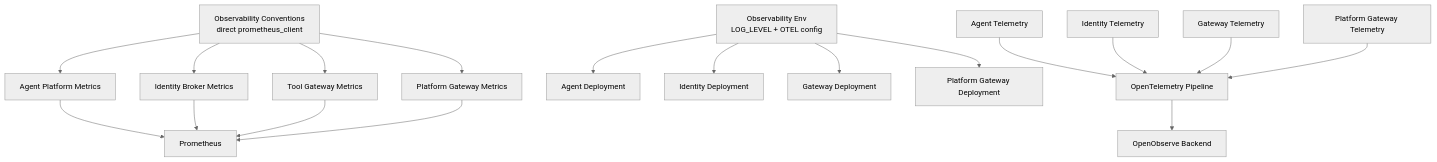
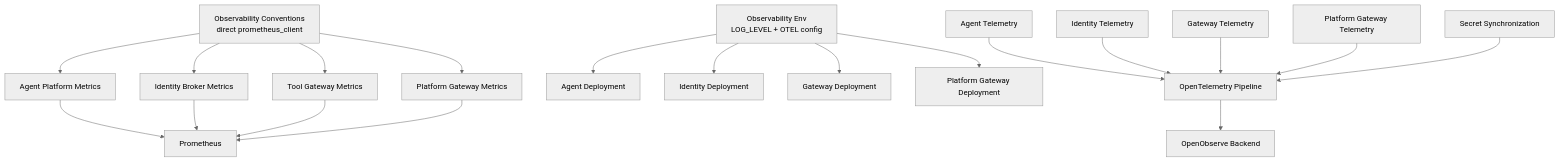
Before and after one commit to metasync/luban-aiops: diagram 11 of 11 in .qoder/repowiki/en/content/Monitoring and Observability/Monitoring and Observability.md, drawn with Mermaid (neutral theme). The commit also changed other lines of this file and 4 other files, not shown here.

````diff
--- a/.qoder/repowiki/en/content/Monitoring and Observability/Monitoring and Observability.md
+++ b/.qoder/repowiki/en/content/Monitoring and Observability/Monitoring and Observability.md
@@ -473,20 +525,21 @@
 ```mermaid
 graph TB
 OC["Observability Conventions<br/>direct prometheus_client"] --> AP_METRICS["Agent Platform Metrics"]
 OC --> IB_METRICS["Identity Broker Metrics"]
 OC --> TG_METRICS["Tool Gateway Metrics"]
 OC --> PG_METRICS["Platform Gateway Metrics"]
 ENV["Observability Env<br/>LOG_LEVEL + OTEL config"] --> AP_DEP["Agent Deployment"]
 ENV --> IB_DEP["Identity Deployment"]
 ENV --> TG_DEP["Gateway Deployment"]
 ENV --> PG_DEP["Platform Gateway Deployment"]
 AP_METRICS --> PROM["Prometheus"]
 IB_METRICS --> PROM
 TG_METRICS --> PROM
 PG_METRICS --> PROM
 OTEL["OpenTelemetry Pipeline"] --> OO["OpenObserve Backend"]
 AP_TELEMETRY["Agent Telemetry"] --> OTEL
 IB_TELEMETRY["Identity Telemetry"] --> OTEL
 TG_TELEMETRY["Gateway Telemetry"] --> OTEL
 PG_TELEMETRY["Platform Gateway Telemetry"] --> OTEL
+SECRET_SYNC["Secret Synchronization"] --> OTEL
 ```
````
